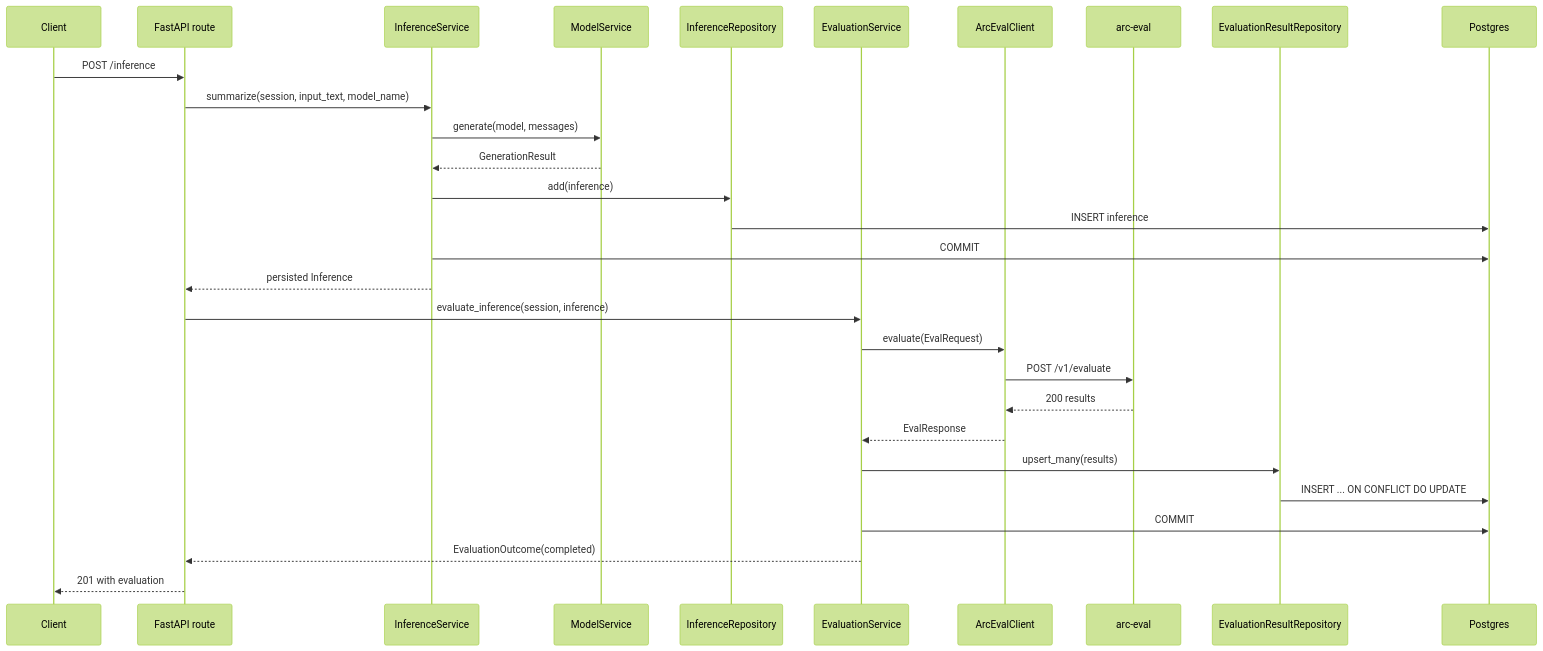
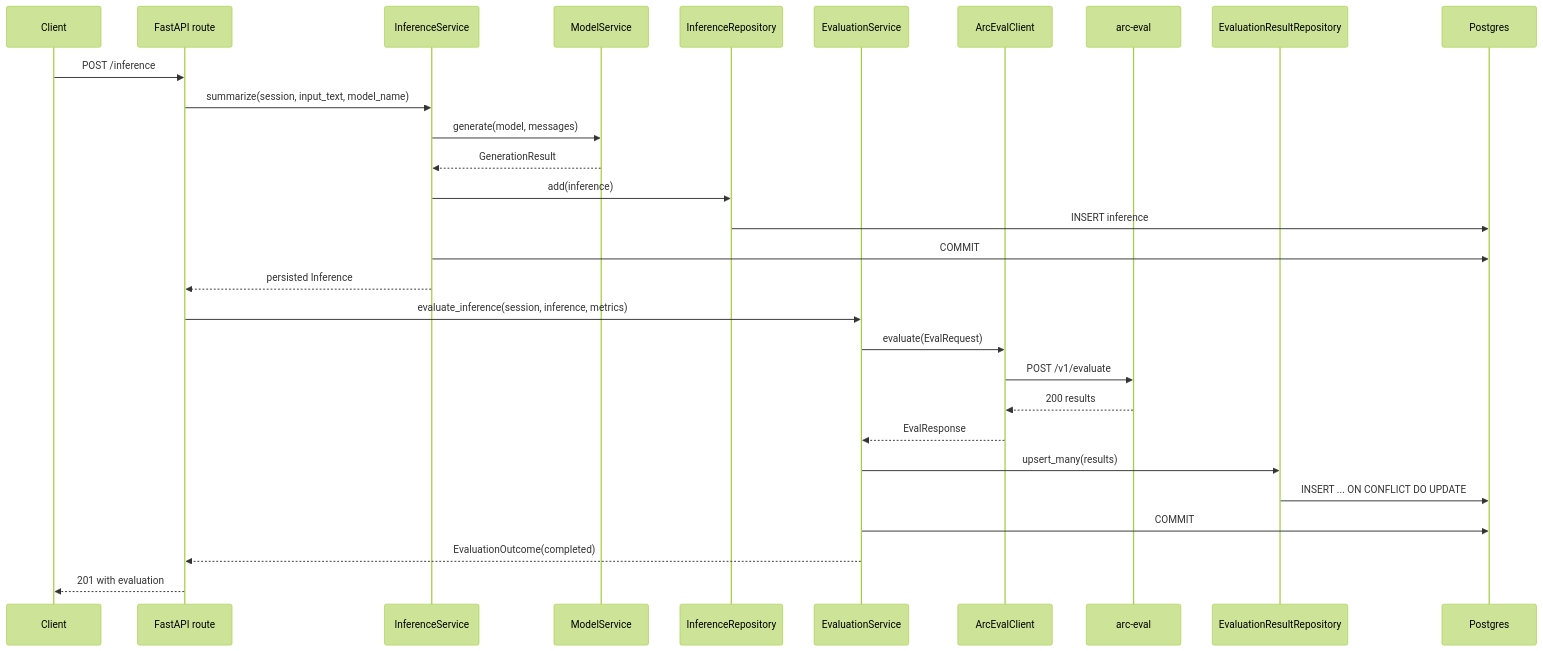
One commit to DimitarAtanassov/arc-model-lab changed the second of 5 diagrams in docs/dataflow.md. Above: the diagram before and after it, drawn with Mermaid (forest theme). The commit also changed other lines of this file and 3 other files, not shown here.

````diff
--- a/docs/dataflow.md
+++ b/docs/dataflow.md
@@ -56,33 +56,33 @@
 ```mermaid
 sequenceDiagram
     participant Client
     participant API as FastAPI route
     participant Inf as InferenceService
     participant MS as ModelService
     participant IRepo as InferenceRepository
     participant Eval as EvaluationService
     participant AEC as ArcEvalClient
     participant Arc as arc-eval
     participant ERepo as EvaluationResultRepository
     participant DB as Postgres
 
     Client->>API: POST /inference
     API->>Inf: summarize(session, input_text, model_name)
     Inf->>MS: generate(model, messages)
     MS-->>Inf: GenerationResult
     Inf->>IRepo: add(inference)
     IRepo->>DB: INSERT inference
     Inf->>DB: COMMIT
     Inf-->>API: persisted Inference
 
-    API->>Eval: evaluate_inference(session, inference)
+    API->>Eval: evaluate_inference(session, inference, metrics)
     Eval->>AEC: evaluate(EvalRequest)
     AEC->>Arc: POST /v1/evaluate
     Arc-->>AEC: 200 results
     AEC-->>Eval: EvalResponse
     Eval->>ERepo: upsert_many(results)
     ERepo->>DB: INSERT ... ON CONFLICT DO UPDATE
     Eval->>DB: COMMIT
     Eval-->>API: EvaluationOutcome(completed)
     API-->>Client: 201 with evaluation
 ```
````
